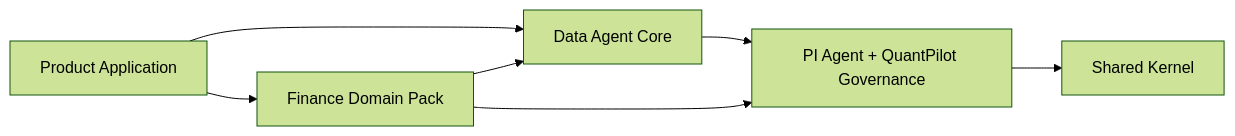
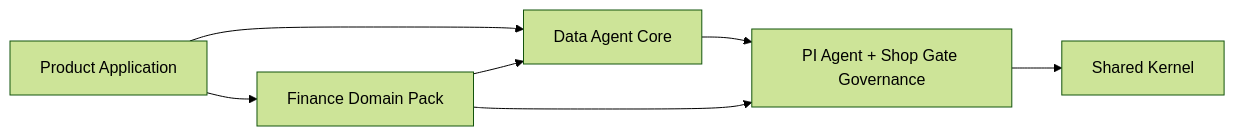
Before and after one commit to betterkite/shop-gate: the diagram in docs/data-agent-architecture.md, drawn with Mermaid (forest theme). The commit also changed other lines of this file and 448 other files, not shown here.

````diff
--- a/docs/data-agent-architecture.md
+++ b/docs/data-agent-architecture.md
@@ -29,9 +29,9 @@
 ```mermaid
 flowchart LR
   APP[Product Application] --> DA[Data Agent Core]
   APP --> FD[Finance Domain Pack]
   FD --> DA
-  DA --> MA[PI Agent + QuantPilot Governance]
+  DA --> MA[PI Agent + Shop Gate Governance]
   FD --> MA
   MA --> SK[Shared Kernel]
 ```
````
